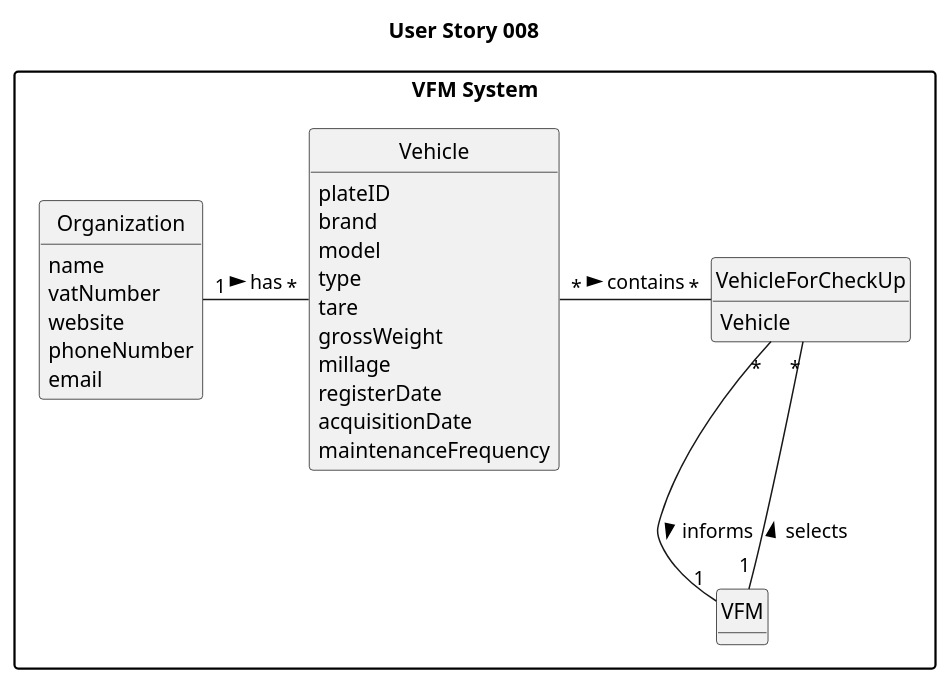
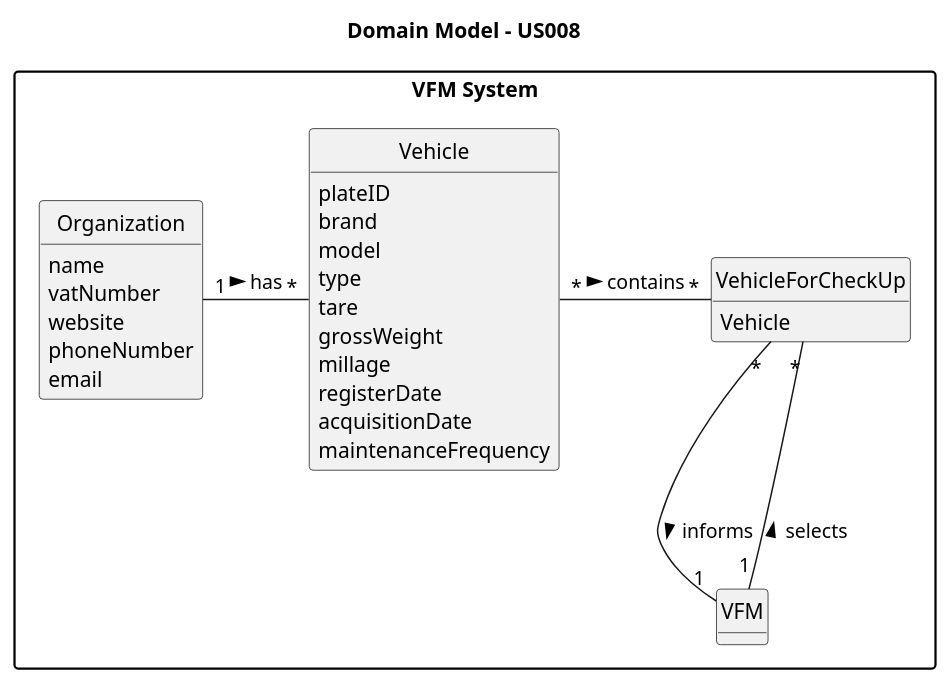
Before and after one commit to SAEmanuel/Green_Spaces_Management_ISEP: the diagram in docs/sprintA/us008/02.analysis/puml/us008-domain-model.puml, drawn with PlantUML. The commit also changed 4 other files, not shown here.

```diff
--- a/docs/sprintA/us008/02.analysis/puml/us008-domain-model.puml
+++ b/docs/sprintA/us008/02.analysis/puml/us008-domain-model.puml
@@ -1,53 +1,53 @@
 @startuml
 skinparam monochrome true
 skinparam packageStyle rectangle
 skinparam shadowing false
 
 'left to right direction
 
 skinparam classAttributeIconSize 0
 
 hide circle
 hide methods
 package "VFM System" {
 
-title User Story 008
+title Domain Model - US008
 
 class VehicleForCheckUp {
     Vehicle
 }
 
 class VFM {
 }
 
 class Vehicle {
          plateID
          brand
          model
          type
          tare
          grossWeight
          millage
          registerDate
          acquisitionDate
          maintenanceFrequency
 }
 
 class Organization {
 name
 vatNumber
 website
 phoneNumber
 email
 }
 
 
 
 Organization "1" - "*" Vehicle: has >
 Vehicle "*"- "*" VehicleForCheckUp: contains >
 VehicleForCheckUp "*" -- "1" VFM : informs >
 VFM "1" -- "*" VehicleForCheckUp: selects >
 
 
 
 @enduml
```
